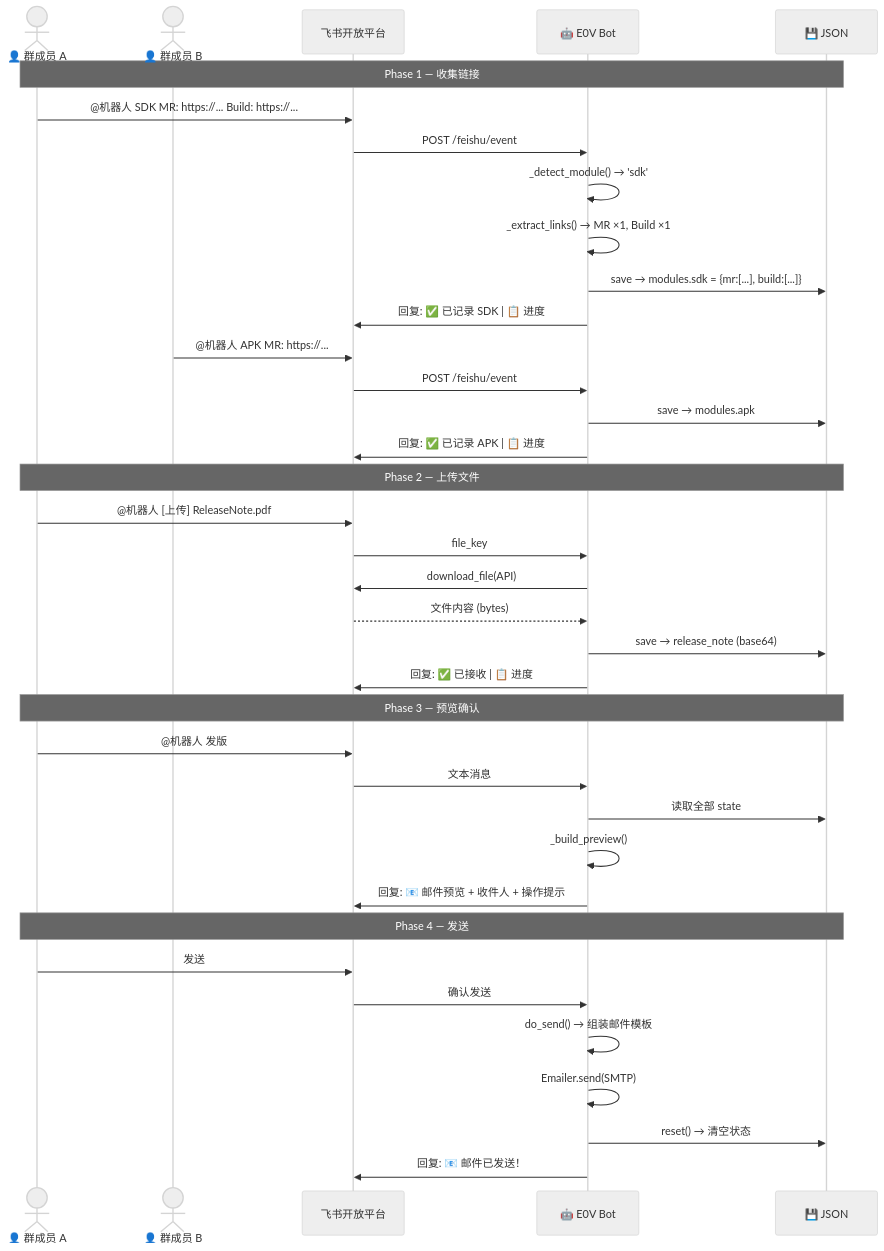
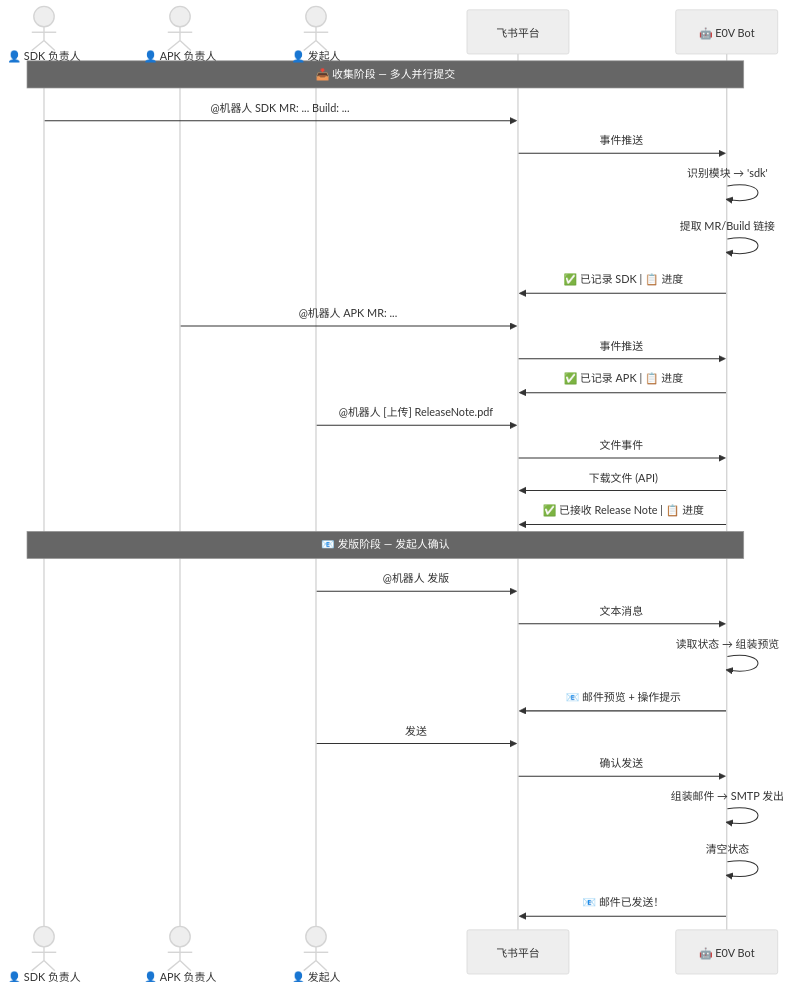
Before and after one commit to macjacobs96/e0v-release-bot: the third of 3 diagrams in README.md, drawn with Mermaid (neutral theme). The commit also changed other lines of this file, not shown here.

Commit message:
README: all-in-one product page style with Mermaid diagrams

````diff
--- a/README.md
+++ b/README.md
@@ -93,44 +171,38 @@
 ```mermaid
 sequenceDiagram
-    actor 群成员A as 👤 群成员 A
-    actor 群成员B as 👤 群成员 B
-    participant 飞书 as 飞书开放平台
+    actor 成员A as 👤 SDK 负责人
+    actor 成员B as 👤 APK 负责人
+    actor 发起人 as 👤 发起人
+    participant 飞书 as 飞书平台
     participant Bot as 🤖 E0V Bot
-    participant 存储 as 💾 JSON
     
-    Note over 群成员A,存储: Phase 1 — 收集链接
-    群成员A->>飞书: @机器人 SDK MR: https://... Build: https://...
-    飞书->>Bot: POST /feishu/event
-    Bot->>Bot: _detect_module() → 'sdk'
-    Bot->>Bot: _extract_links() → MR ×1, Build ×1
-    Bot->>存储: save → modules.sdk = {mr:[...], build:[...]}
-    Bot->>飞书: 回复: ✅ 已记录 SDK | 📋 进度
+    Note over 成员A,Bot: 📥 收集阶段 — 多人并行提交
     
-    群成员B->>飞书: @机器人 APK MR: https://...
-    飞书->>Bot: POST /feishu/event
-    Bot->>存储: save → modules.apk
-    Bot->>飞书: 回复: ✅ 已记录 APK | 📋 进度
+    成员A->>飞书: @机器人 SDK MR: ... Build: ...
+    飞书->>Bot: 事件推送
+    Bot->>Bot: 识别模块 → 'sdk'
+    Bot->>Bot: 提取 MR/Build 链接
+    Bot->>飞书: ✅ 已记录 SDK | 📋 进度
     
-    Note over 群成员A,存储: Phase 2 — 上传文件
-    群成员A->>飞书: @机器人 [上传] ReleaseNote.pdf
-    飞书->>Bot: file_key
-    Bot->>飞书: download_file(API)
-    飞书-->>Bot: 文件内容 (bytes)
-    Bot->>存储: save → release_note (base64)
-    Bot->>飞书: 回复: ✅ 已接收 | 📋 进度
+    成员B->>飞书: @机器人 APK MR: ...
+    飞书->>Bot: 事件推送
+    Bot->>飞书: ✅ 已记录 APK | 📋 进度
     
-    Note over 群成员A,存储: Phase 3 — 预览确认
-    群成员A->>飞书: @机器人 发版
+    发起人->>飞书: @机器人 [上传] ReleaseNote.pdf
+    飞书->>Bot: 文件事件
+    Bot->>飞书: 下载文件 (API)
+    Bot->>飞书: ✅ 已接收 Release Note | 📋 进度
+    
+    Note over 成员A,Bot: 📧 发版阶段 — 发起人确认
+    
+    发起人->>飞书: @机器人 发版
     飞书->>Bot: 文本消息
-    Bot->>存储: 读取全部 state
-    Bot->>Bot: _build_preview()
-    Bot->>飞书: 回复: 📧 邮件预览 + 收件人 + 操作提示
+    Bot->>Bot: 读取状态 → 组装预览
+    Bot->>飞书: 📧 邮件预览 + 操作提示
     
-    Note over 群成员A,存储: Phase 4 — 发送
-    群成员A->>飞书: 发送
+    发起人->>飞书: 发送
     飞书->>Bot: 确认发送
-    Bot->>Bot: do_send() → 组装邮件模板
-    Bot->>Bot: Emailer.send(SMTP)
-    Bot->>存储: reset() → 清空状态
-    Bot->>飞书: 回复: 📧 邮件已发送！
+    Bot->>Bot: 组装邮件 → SMTP 发出
+    Bot->>Bot: 清空状态
+    Bot->>飞书: 📧 邮件已发送！
 ```
````
